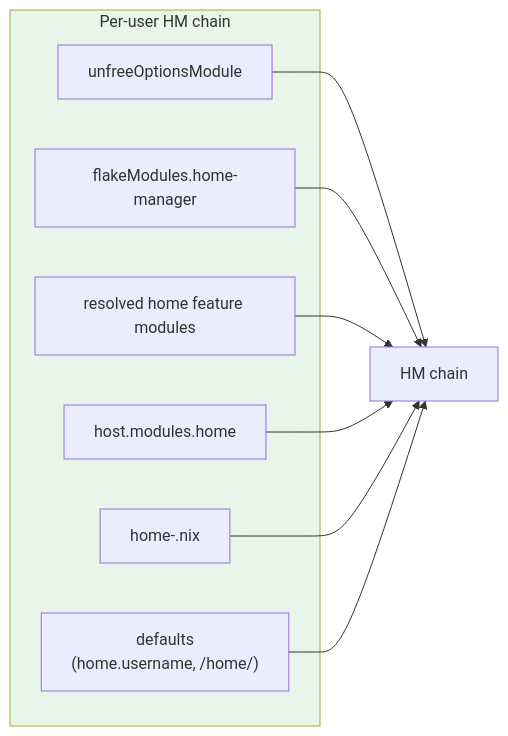
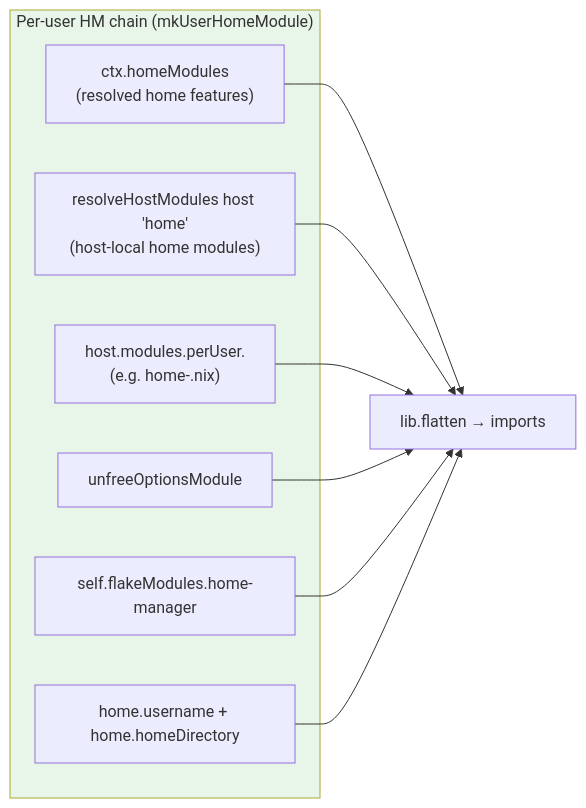
The seventh of 8 diagrams in DESIGN.md (WombatFromHell/automatic-palm-tree), drawn with Mermaid before and after one commit. The commit also changed other lines of this file and 83 other files, not shown here.

````diff
--- a/DESIGN.md
+++ b/DESIGN.md
@@ -261,18 +304,18 @@
 ```mermaid
 flowchart LR
-    subgraph HM["Per-user HM chain"]
-        unfreeMod["unfreeOptionsModule"]
-        hmMod2["flakeModules.home-manager"]
-        featMod2["resolved home feature modules"]
-        hostHm["host.modules.home"]
-        userHm["home-<user>.nix"]
-        defaultsHM["defaults\n(home.username, /home/<user>)"]
+    subgraph HM["Per-user HM chain (mkUserHomeModule)"]
+        ctxMod["ctx.homeModules\n(resolved home features)"]
+        hostMod["resolveHostModules host 'home'\n(host-local home modules)"]
+        perUser["host.modules.perUser.<user>\n(e.g. home-<user>.nix)"]
+        unfree["unfreeOptionsModule"]
+        hmFlakeMod["self.flakeModules.home-manager"]
+        defaults["home.username + home.homeDirectory"]
     end
-    unfreeMod --> chain["HM chain"]
-    hmMod2 --> chain
-    featMod2 --> chain
-    hostHm --> chain
-    userHm --> chain
-    defaultsHM --> chain
+    ctxMod --> chain["lib.flatten → imports"]
+    hostMod --> chain
+    perUser --> chain
+    unfree --> chain
+    hmFlakeMod --> chain
+    defaults --> chain
     style HM fill:#e8f5e9
 ```
````
